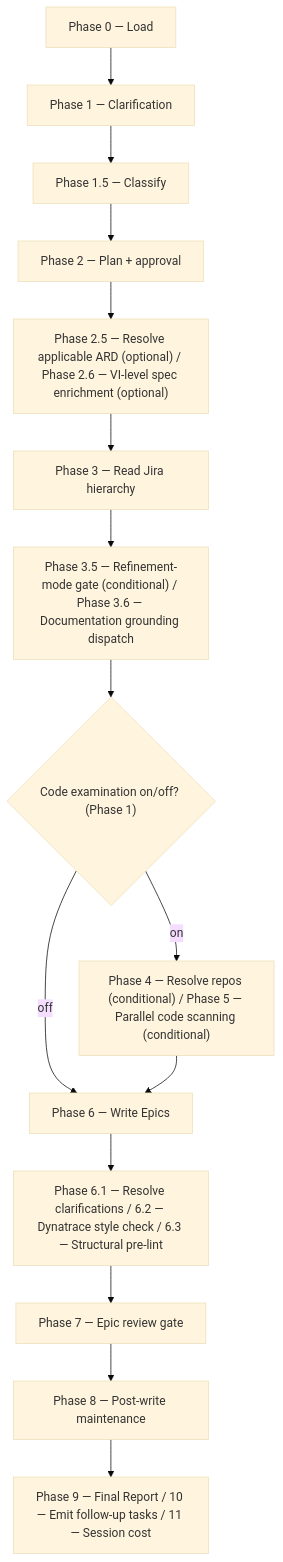
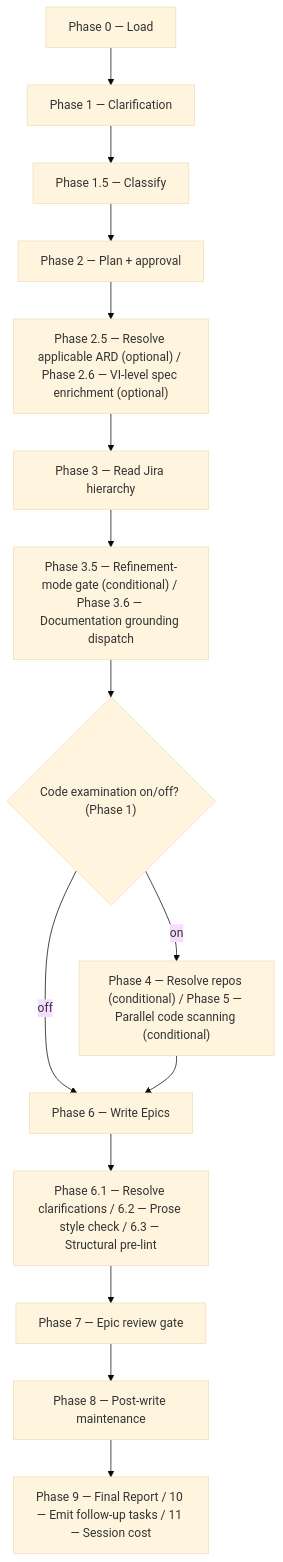
Before and after one commit to ihudak/ihudak-claude-plugins: the diagram in plugins/dev-workflows/docs/commands/epics.md, drawn with Mermaid (base theme). The commit also changed other lines of this file and 103 other files, not shown here.

````diff
--- a/plugins/dev-workflows/docs/commands/epics.md
+++ b/plugins/dev-workflows/docs/commands/epics.md
@@ -21,17 +21,17 @@
 ```mermaid
 flowchart TD
     p0["Phase 0 — Load"] --> p1["Phase 1 — Clarification"]
     p1 --> p15["Phase 1.5 — Classify"]
     p15 --> p2["Phase 2 — Plan + approval"]
     p2 --> p2526["Phase 2.5 — Resolve applicable ARD (optional) / Phase 2.6 — VI-level spec enrichment (optional)"]
     p2526 --> p3["Phase 3 — Read Jira hierarchy"]
     p3 --> p3536["Phase 3.5 — Refinement-mode gate (conditional) / Phase 3.6 — Documentation grounding dispatch"]
     p3536 --> d1{"Code examination on/off? (Phase 1)"}
     d1 -- "on" --> p45["Phase 4 — Resolve repos (conditional) / Phase 5 — Parallel code scanning (conditional)"]
     d1 -- "off" --> p6["Phase 6 — Write Epics"]
     p45 --> p6
-    p6 --> p616263["Phase 6.1 — Resolve clarifications / 6.2 — Dynatrace style check / 6.3 — Structural pre-lint"]
+    p6 --> p616263["Phase 6.1 — Resolve clarifications / 6.2 — Prose style check / 6.3 — Structural pre-lint"]
     p616263 --> p7["Phase 7 — Epic review gate"]
     p7 --> p8["Phase 8 — Post-write maintenance"]
     p8 --> p91011["Phase 9 — Final Report / 10 — Emit follow-up tasks / 11 — Session cost"]
 ```
````
